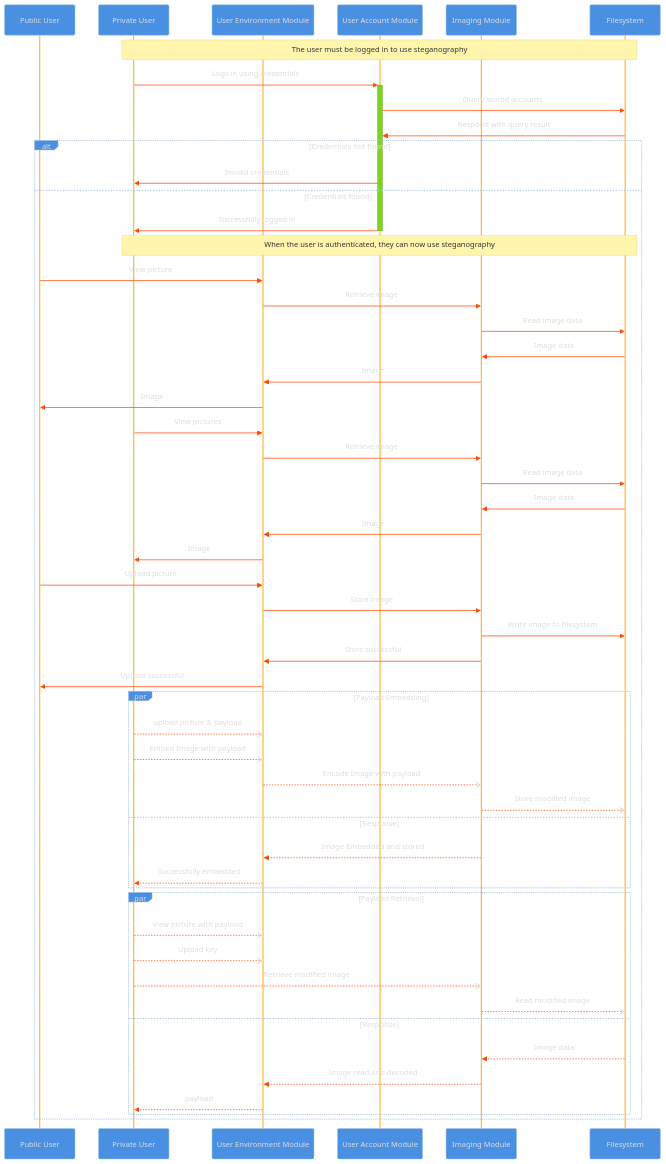
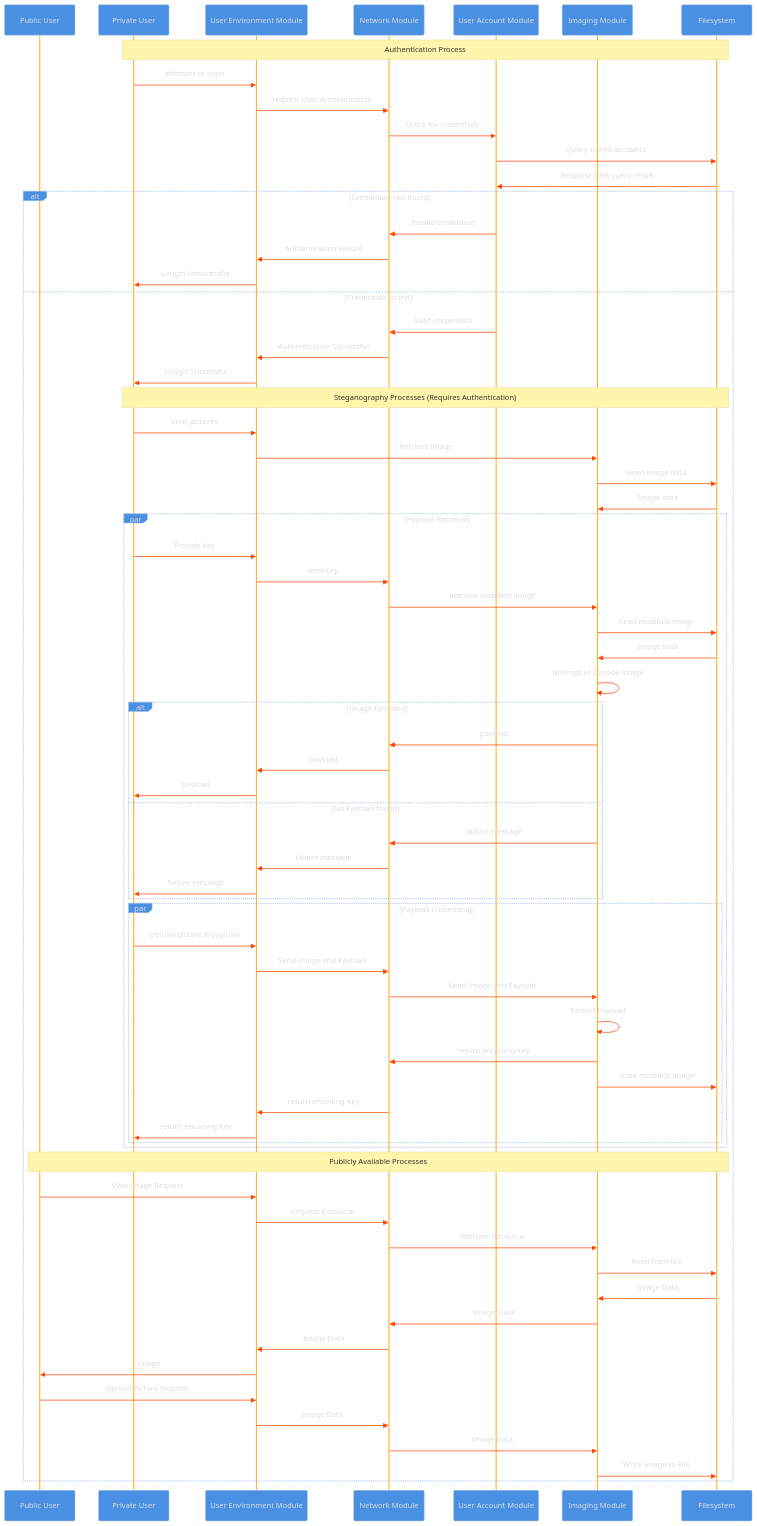
One commit to csci265-team/HiddenFrame changed the second of 5 diagrams in documentation/design.md. Above: the diagram before and after it, drawn with Mermaid. The commit also changed other lines of this file, not shown here.

Commit message:
updates to Design Processes diagram

```diff
--- a/documentation/design.md
+++ b/documentation/design.md
@@ -113,55 +113,70 @@
     participant public as Public User
     participant private as Private User
     participant main as User Environment Module
+    participant api as Network Module
     participant account as User Account Module
     participant image as Imaging Module
     participant db as Filesystem
 
-    Note over private,db: The user must be logged in to use steganography
-    private->>+account: Logs in using credentials
+    Note over private,db: Authentication Process
+    private->>main: attempts to login
+    main->>api: request User Authentication
+    api->>account: Check for credentials
     account->>db: Query stored accounts
     db->>account: Respond with query result
-
     alt Credentials not found
-        account->>private: Invalid credentials
+        account->>api: Invalid credentials
+        api->>main: Authentication Failure
+        main->>private: Loggin Unsucessful
     else Credentials found
-        account->>-private: Successfully logged in
-        Note over private,db: When the user is authenticated, they can now use steganography
-        public->>main: View picture
-        main->>image: Retrieve image
-        image->>db: Read image data
-        db->>image: Image data
-        image->>main: Image
-        main->>public: Image
+        account->>api: Valid credentials
+        api->>main: Authentication Successful
+        main->>private: Loggin Successful
+        Note over private,db: Steganography Processes (Requires Authentication)
         private->>main: View pictures
         main->>image: Retrieve image
         image->>db: Read image data
         db->>image: Image data
-        image->>main: Image
-        main->>private: Image
-        public->>main: Upload picture
-        main->>image: Store image
-        image->>db: Write image to filesystem
-        image->>main: Store successful
-        main->>public: Upload successful
+        par Payload Retrieval
+            private->>main: Provide key
+            main->>api: send key
+            api->>image: Retrieve modified image
+            image->>db: Read modified image
+            db->>image: Image data
+            image->>image: Attempt to Decode Image
+            alt Image Decoded
+                image->>api: payload
+                api->>main: payload
+                main->>private: payload
+            else No Payload found
+                image->>api: failure message
+                api->>main: failure message
+                main->>private: failure message
+            end
         par Payload Embedding
-            private--)main: upload picture & payload
-            private--)main: Embed Image with payload
-            main--)image: Encode Image with payload
-            image--)db: Store modified image
-        and Response
-            image-->>main: Image Embedded and stored
-            main-->>private: Successfully embedded
+            private->>main: Upload picture & payload
+            main->>api: Send Image and Payload  
+            api->>image: Send Image and Payload
+            image->>image: Embed Payload
+            image->>api: return encoding Key
+            image->>db: Store modified image
+            api->>main: return encoding Key
+            main->>private: return encoding Key
         end
-        par Payload Retrieval
-            private--)main: View picture with payload
-            private--)main: Upload key
-            private--)image: Retrieve modified image
-            image--)db: Read modified image
-        and Response
-            db-->>image: Image data
-            image-->>main: Image read and decoded
-            main-->>private: payload
         end
+        
+        Note over public,db: Publicly Available Processes
+        public->>main: View image Request
+        main->>api: Request Resource
+        api->>image: Retrieve Resource
+        image->>db: Read from file
+        db->>image: Image Data
+        image->>api: Image Data
+        api->>main: Image Data
+        main->>public: Image
+        public->>main: Upload Picture Request
+        main->>api: Image Data
+        api->>image: Image Data
+        image->>db: Write Image to File
     end
 ~~~
```
